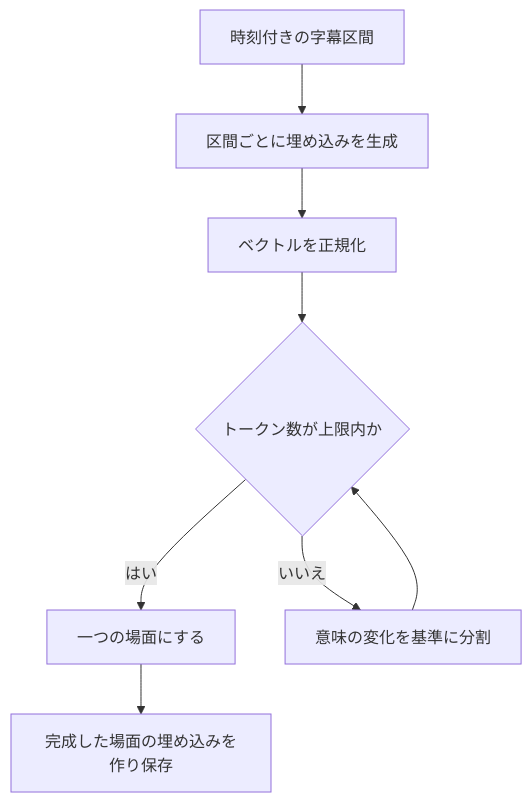
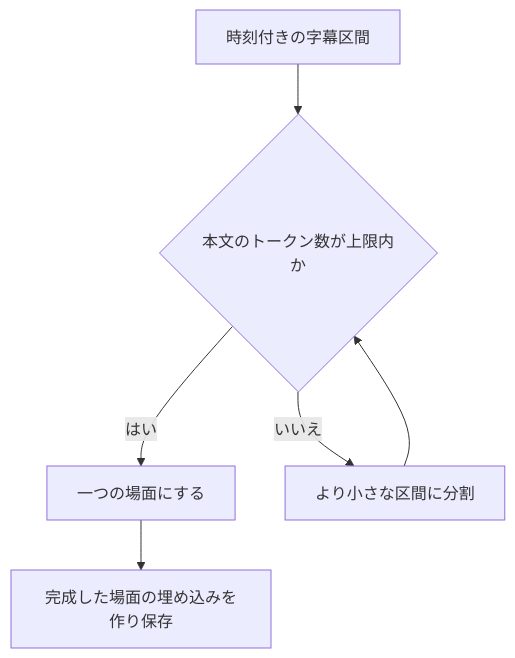
The diagram in apps/docs/i18n/ja/docusaurus-plugin-content-docs/current/architecture/transcription-and-search.md (yukiharada1228/videoq), drawn with Mermaid before and after one commit. The commit also changed other lines of this file and 369 other files, not shown here.

````diff
--- a/apps/docs/i18n/ja/docusaurus-plugin-content-docs/current/architecture/transcription-and-search.md
+++ b/apps/docs/i18n/ja/docusaurus-plugin-content-docs/current/architecture/transcription-and-search.md
@@ -25,10 +27,8 @@
 ```mermaid
 flowchart TD
-    S[時刻付きの字幕区間] --> E[区間ごとに埋め込みを生成]
-    E --> N[ベクトルを正規化]
-    N --> T{トークン数が上限内か}
+    S[時刻付きの字幕区間] --> T{本文のトークン数が上限内か}
     T -->|はい| K[一つの場面にする]
-    T -->|いいえ| B[意味の変化を基準に分割]
+    T -->|いいえ| B[より小さな区間に分割]
     B --> T
     K --> I[完成した場面の埋め込みを作り保存]
 ```
````
